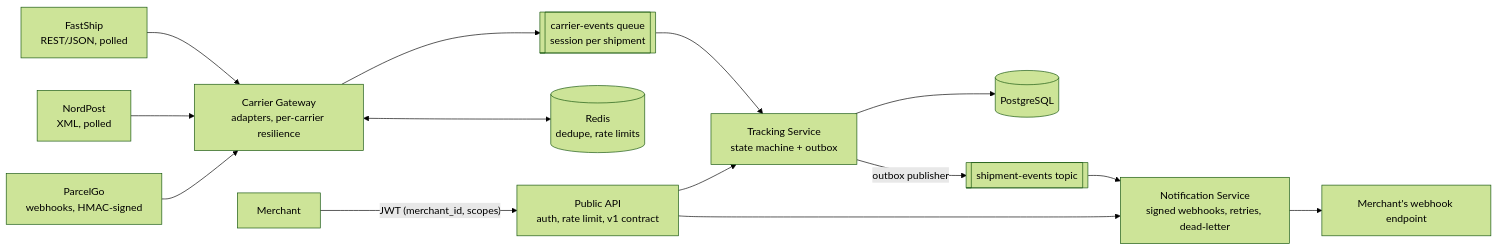
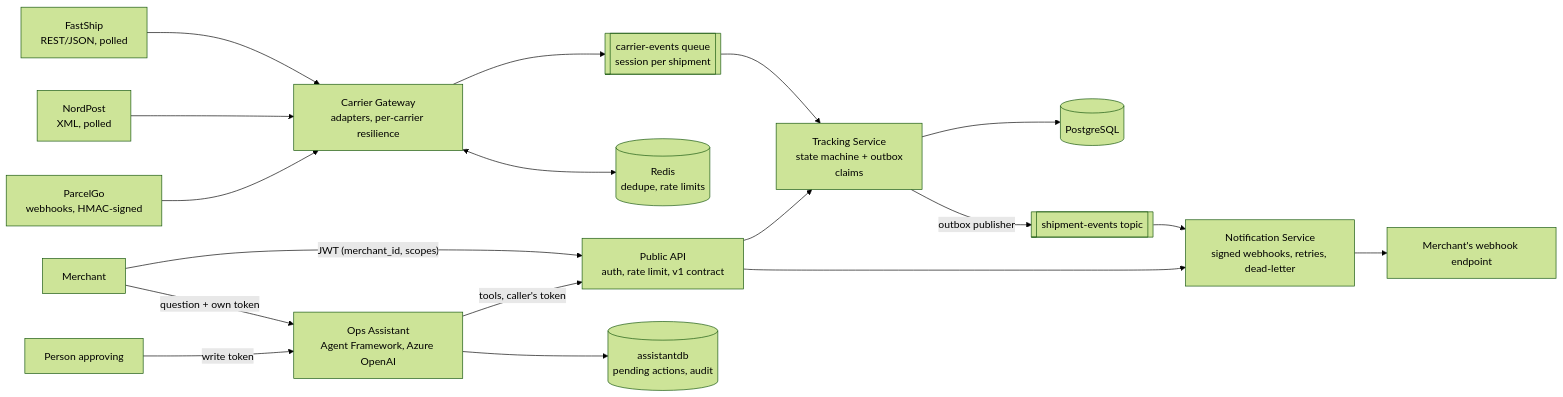
Before and after one commit to brk2art/CarrierHub: the diagram in README.md, drawn with Mermaid (forest theme). The commit also changed other lines of this file and 1 other file, not shown here.

Commit message:
Docs: Phase 5 in the README (AI assistant, actions with approval, evaluation results) and docs/ops-assistant.md

````diff
--- a/README.md
+++ b/README.md
@@ -12,16 +12,20 @@
 ```mermaid
 flowchart LR
     FS[FastShip<br/>REST/JSON, polled] --> G
     NP[NordPost<br/>XML, polled] --> G
     PG[ParcelGo<br/>webhooks, HMAC-signed] --> G
     G[Carrier Gateway<br/>adapters, per-carrier resilience] --> Q[[carrier-events queue<br/>session per shipment]]
     G <--> R[(Redis<br/>dedupe, rate limits)]
-    Q --> T[Tracking Service<br/>state machine + outbox]
+    Q --> T[Tracking Service<br/>state machine + outbox<br/>claims]
     T --> DB[(PostgreSQL)]
     T -- outbox publisher --> TP[[shipment-events topic]]
     TP --> N[Notification Service<br/>signed webhooks, retries, dead-letter]
     N --> MW[Merchant's webhook endpoint]
     M[Merchant] -- "JWT (merchant_id, scopes)" --> P[Public API<br/>auth, rate limit, v1 contract]
     P --> T
     P --> N
+    M -- "question + own token" --> A[Ops Assistant<br/>Agent Framework, Azure OpenAI]
+    A -- "tools, caller's token" --> P
+    A --> ADB[(assistantdb<br/>pending actions, audit)]
+    H[Person approving] -- "write token" --> A
 ```
````
